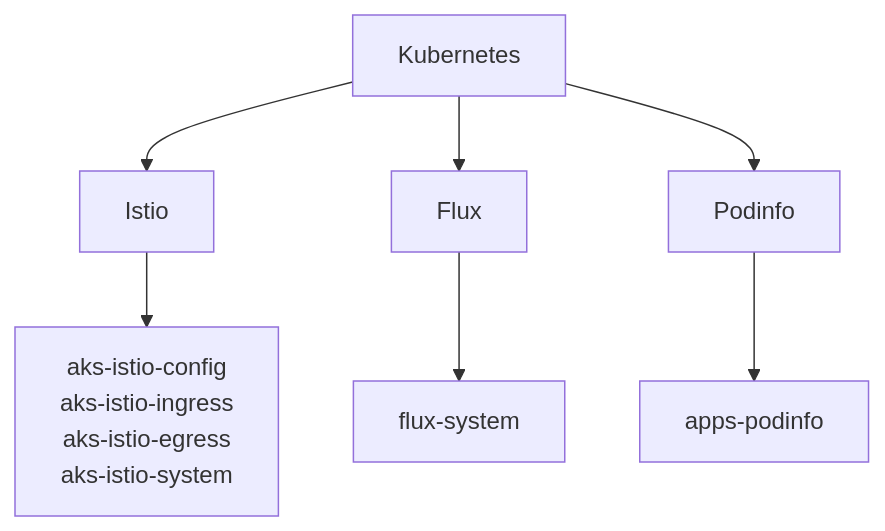
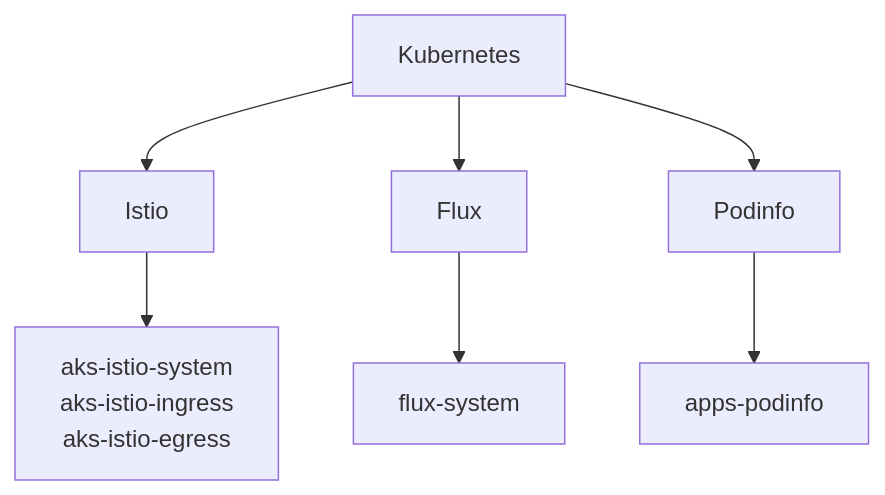
Before and after one commit to ljtill/bicep-istio: the second of 2 diagrams in README.md, drawn with Mermaid.

Commit message:
docs: remove unused namespace (#32)

````diff
--- a/README.md
+++ b/README.md
@@ -60,20 +60,19 @@
 ```mermaid
 flowchart TD
   Kubernetes --> Istio
     --> istio["
-      aks-istio-config
+      aks-istio-system
       aks-istio-ingress
       aks-istio-egress
-      aks-istio-system
       "]
 
   Kubernetes --> Flux
     --> flux["
       flux-system
       "]
 
   Kubernetes --> Podinfo
     --> pod["
       apps-podinfo
       "]
 ```
````
